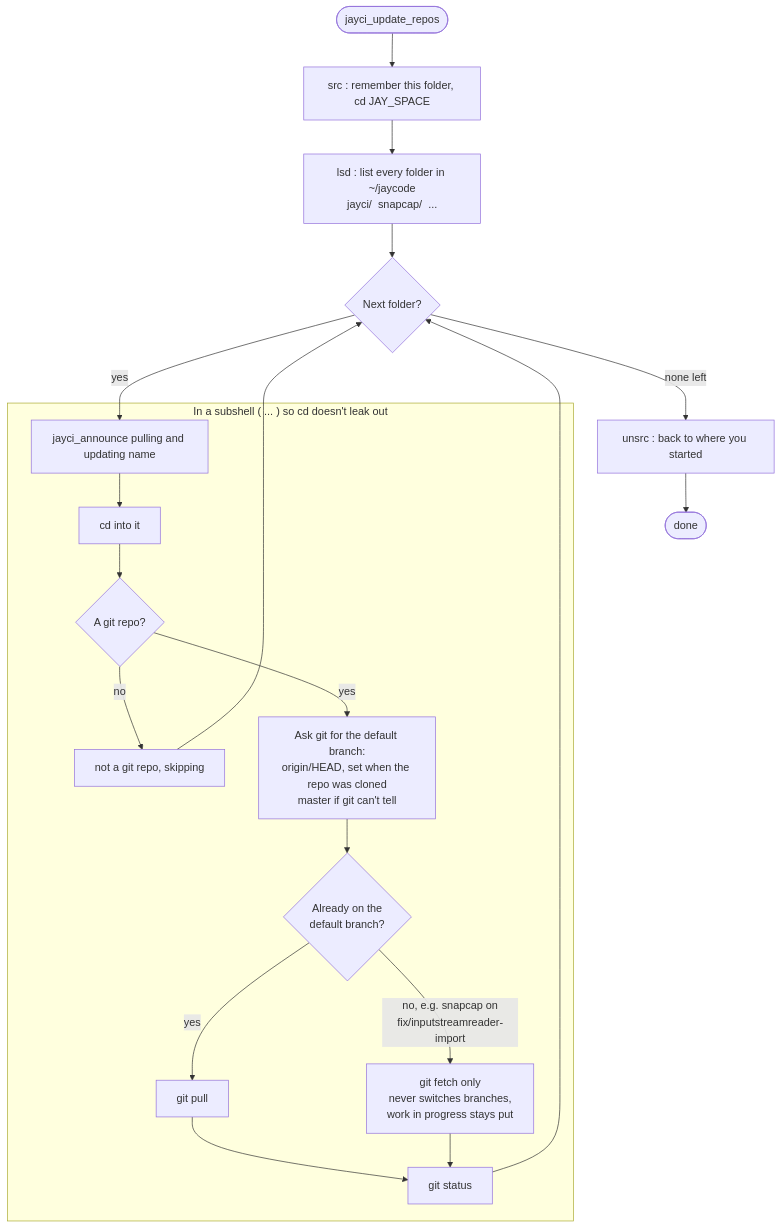
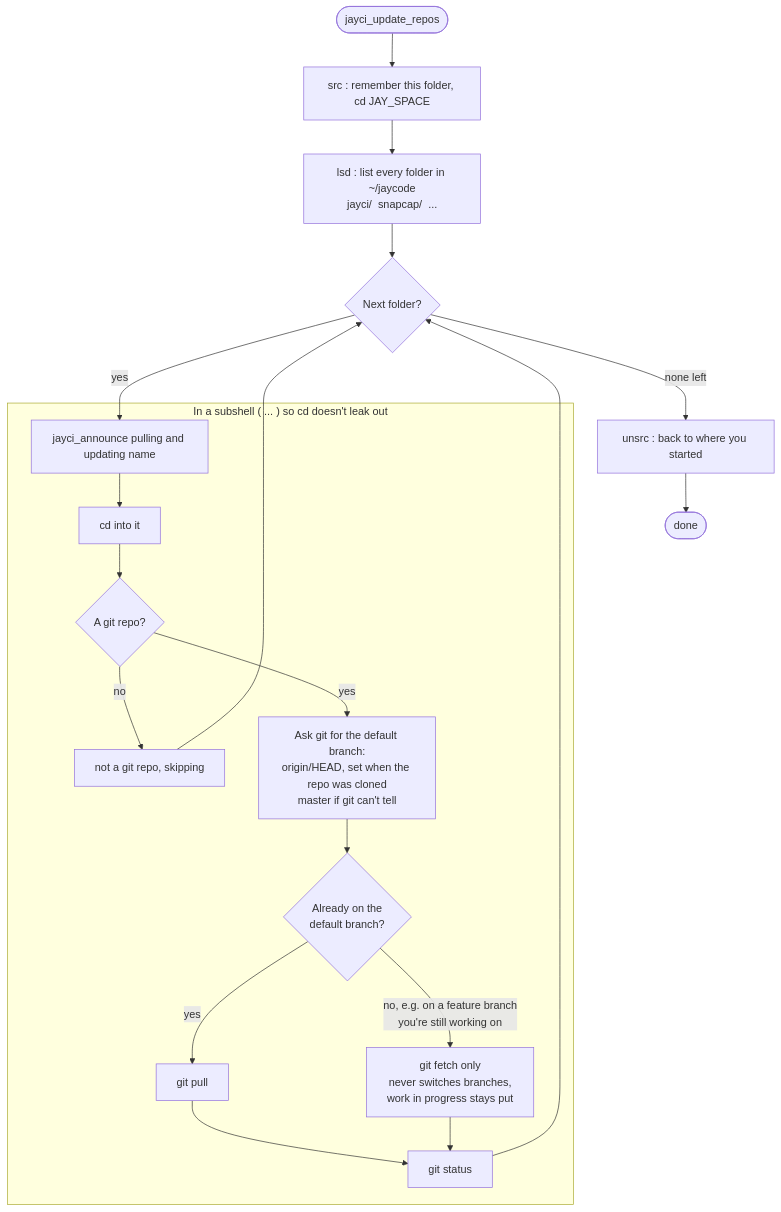
Before and after one commit to jaycody/jayci: the diagram in docs/diagrams/6-update-repos.mmd, drawn with Mermaid. The commit also changed 9 other files, not shown here.

First line of the commit message:
Diagrams: _snap_remember_storage, gh on PATH, current branch examples

```diff
--- a/docs/diagrams/6-update-repos.mmd
+++ b/docs/diagrams/6-update-repos.mmd
@@ -1,23 +1,23 @@
 %% 6. jayci_update_repos : pull every repo in ~/jaycode.
 flowchart TD
     A(["jayci_update_repos"]) --> B["src : remember this folder, cd JAY_SPACE"]
     B --> C["lsd : list every folder in ~/jaycode<br/>jayci/  snapcap/  ..."]
     C --> D{"Next folder?"}
     D -->|none left| Z["unsrc : back to where you started"]
     D -->|yes| E
 
     subgraph SUB ["In a subshell ( ... ) so cd doesn't leak out"]
         E["jayci_announce pulling and updating name"] --> F["cd into it"]
         F --> G{"A git repo?"}
         G -->|no| G1["not a git repo, skipping"]
         G -->|yes| H["Ask git for the default branch:<br/>origin/HEAD, set when the repo was cloned<br/>master if git can't tell"]
         H --> I{"Already on the<br/>default branch?"}
         I -->|yes| J["git pull"]
-        I -->|"no, e.g. snapcap on<br/>fix/inputstreamreader-import"| J2["git fetch only<br/>never switches branches,<br/>work in progress stays put"]
+        I -->|"no, e.g. on a feature branch<br/>you're still working on"| J2["git fetch only<br/>never switches branches,<br/>work in progress stays put"]
         J --> K["git status"]
         J2 --> K
     end
 
     G1 --> D
     K --> D
     Z --> END(["done"])
```
